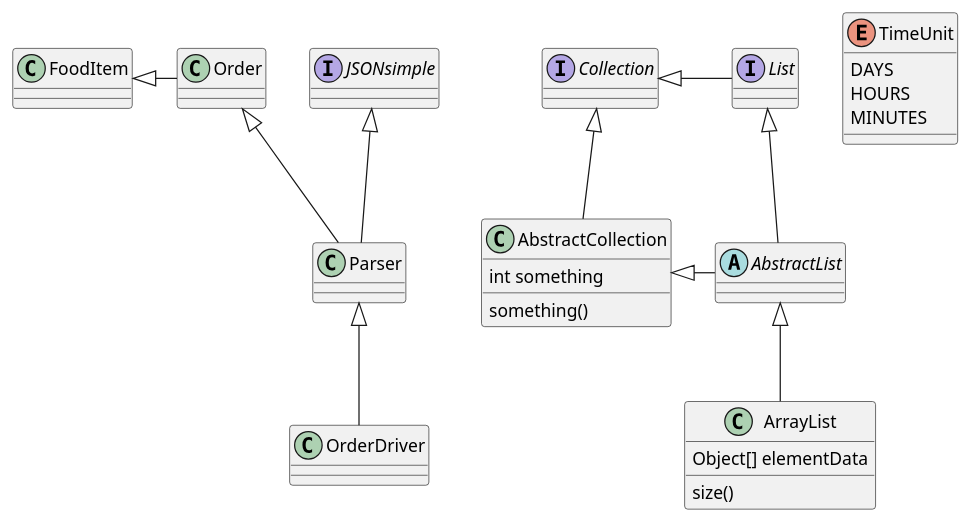
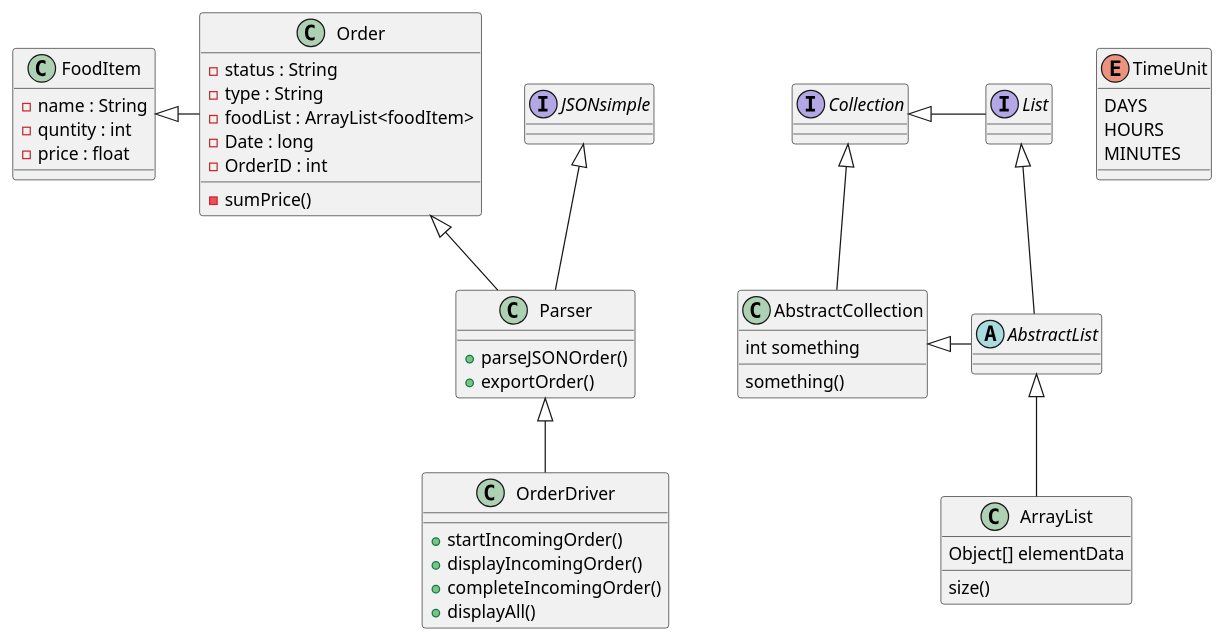
Before and after one commit to aidanmahl/372GroupProject: the diagram in ClassUMLDiagram.puml, drawn with PlantUML.

```diff
--- a/ClassUMLDiagram.puml
+++ b/ClassUMLDiagram.puml
@@ -1,52 +1,72 @@
 @startuml
 'https://plantuml.com/class-diagram
 
 abstract class AbstractList
 abstract AbstractCollection
 class Parser
 class FoodItem
 class Order
 class OrderDriver
 interface List
 interface Collection
 interface JSONsimple
 
 
 JSONsimple <|-- Parser
 Order <|-- Parser
 FoodItem <|- Order
 Parser <|-- OrderDriver
 
 List <|-- AbstractList
 Collection <|-- AbstractCollection
 
 Collection <|- List
 AbstractCollection <|- AbstractList
 AbstractList <|-- ArrayList
 
 class ArrayList {
 Object[] elementData
 size()
 }
 
 enum TimeUnit {
 DAYS
 HOURS
 MINUTES
 }
 
 class AbstractCollection {
 int something
 something()
 }
 
 class FoodItem {
-
+- name : String
+- quntity : int
+- price : float
 }
 
 class Order {
+- status : String
+- type : String
+- foodList : ArrayList<foodItem>
+- Date : long
+- OrderID : int
+- sumPrice()
+}
 
+class Parser {
++ parseJSONOrder()
++ exportOrder()
+}
+
+class OrderDriver {
+
++ startIncomingOrder()
++ displayIncomingOrder()
++ completeIncomingOrder()
++ displayAll()
 }
 
 
 @enduml
```
